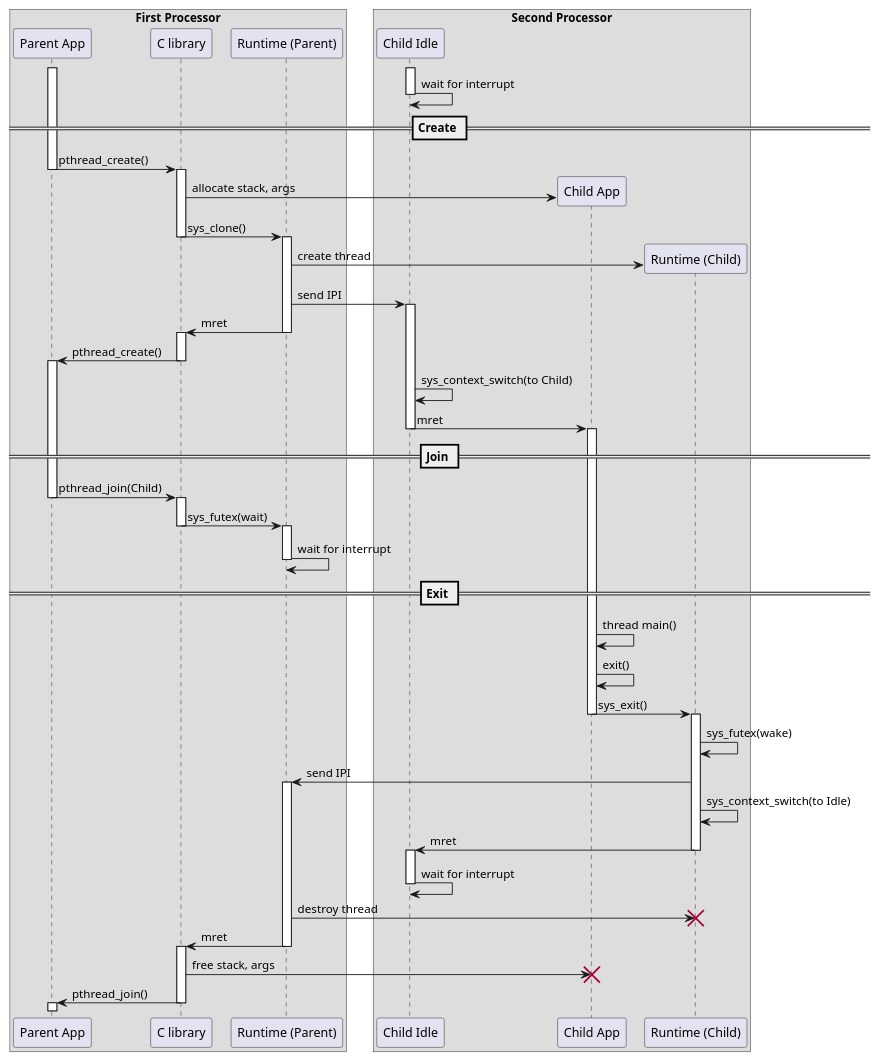
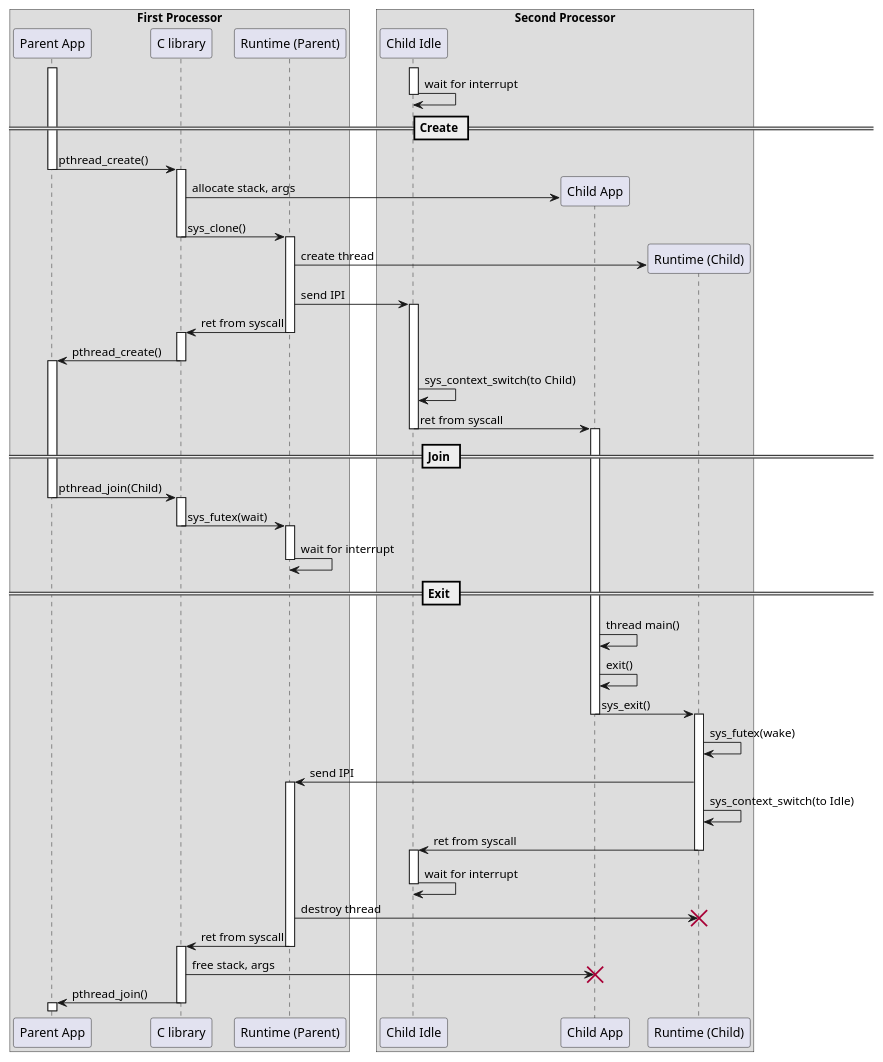
Before and after one commit to nsitexe/akaria-bmetal: the diagram in doc/internal/thread.adoc, drawn with PlantUML.

Commit message:
doc: replace magic words to suitable descriptions

```diff
--- a/doc/internal/thread.adoc
+++ b/doc/internal/thread.adoc
@@ -53,14 +53,14 @@
 
 ParentK -> Idle : send IPI
 activate Idle
-libc <- ParentK : mret
+libc <- ParentK : ret from syscall
 deactivate ParentK
 activate libc
 ParentU <- libc : pthread_create()
 deactivate libc
 activate ParentU
 Idle -> Idle : sys_context_switch(to Child)
-Idle -> ChildU : mret
+Idle -> ChildU : ret from syscall
 deactivate Idle
 activate ChildU
 
@@ -87,7 +87,7 @@
 ChildK -> ParentK : send IPI
 activate ParentK
 ChildK -> ChildK : sys_context_switch(to Idle)
-Idle <- ChildK : mret
+Idle <- ChildK : ret from syscall
 deactivate ChildK
 activate Idle
 Idle -> Idle : wait for interrupt
@@ -95,7 +95,7 @@
 
 ParentK -> ChildK : destroy thread
 destroy ChildK
-libc <- ParentK : mret
+libc <- ParentK : ret from syscall
 deactivate ParentK
 activate libc
 libc -> ChildU : free stack, args
```
